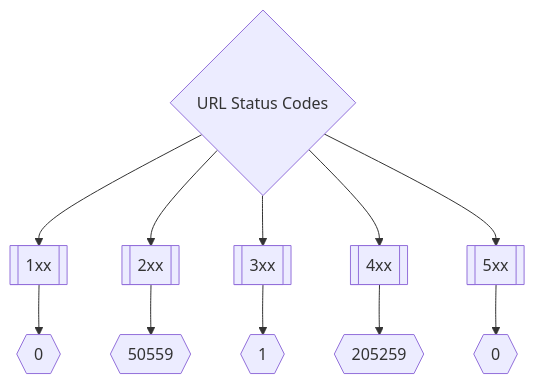
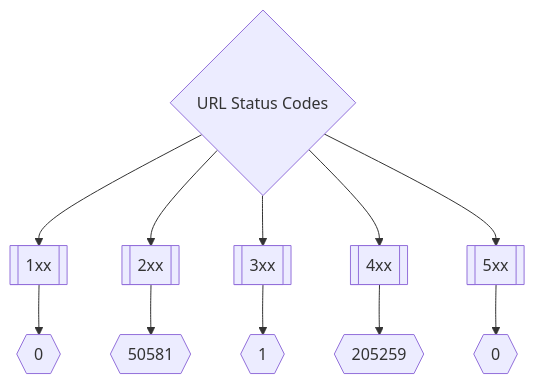
The second of 3 diagrams in README.md (trickest/inventory), drawn with Mermaid before and after one commit. The commit also changed other lines of this file, not shown here.

````diff
--- a/README.md
+++ b/README.md
@@ -173,8 +173,8 @@
 ```mermaid
 graph TD
 title{URL Status Codes} --> 1xx[[1xx]] --> status1xxNum{{0}}
-title --> 2xx[[2xx]] --> status2xxNum{{50559}}
+title --> 2xx[[2xx]] --> status2xxNum{{50581}}
 title --> 3xx[[3xx]] --> status3xxNum{{1}}
 title --> 4xx[[4xx]] --> status4xxNum{{205259}}
 title --> 5xx[[5xx]] --> status5xxNum{{0}}
 ```
````
